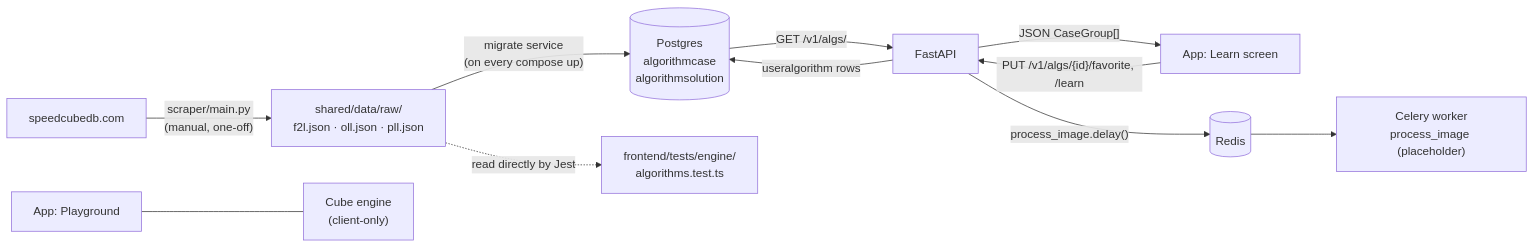
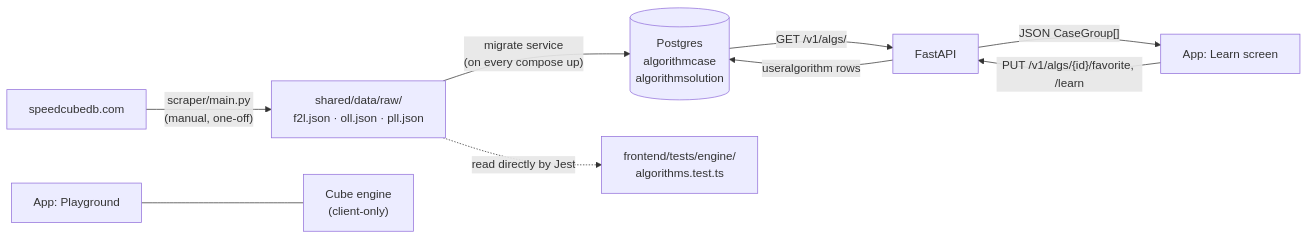
The diagram in docs/architecture.md (aepii/cube-tutor), drawn with Mermaid before and after one commit. The commit also changed other lines of this file and 22 other files, not shown here.

Commit message:
Remove Celery and Redis (pulled forward from 24b)

````diff
--- a/docs/architecture.md
+++ b/docs/architecture.md
@@ -24,15 +24,13 @@
 ```mermaid
 flowchart LR
     SC["speedcubedb.com"] -->|"scraper/main.py<br/>(manual, one-off)"| RAW["shared/data/raw/<br/>f2l.json · oll.json · pll.json"]
     RAW -->|"migrate service<br/>(on every compose up)"| PG[("Postgres<br/>algorithmcase<br/>algorithmsolution")]
     PG -->|"GET /v1/algs/"| API["FastAPI"]
     API -->|"JSON CaseGroup[]"| LEARN["App: Learn screen"]
     LEARN -->|"PUT /v1/algs/{id}/favorite, /learn"| API
     API -->|"useralgorithm rows"| PG
     RAW -.->|"read directly by Jest"| TESTS["frontend/tests/engine/<br/>algorithms.test.ts"]
 
     APP2["App: Playground"] --- ENGINE["Cube engine<br/>(client-only)"]
 
-    API -->|"process_image.delay()"| REDIS[("Redis")]
-    REDIS --> WORKER["Celery worker<br/>process_image (placeholder)"]
 ```
````
